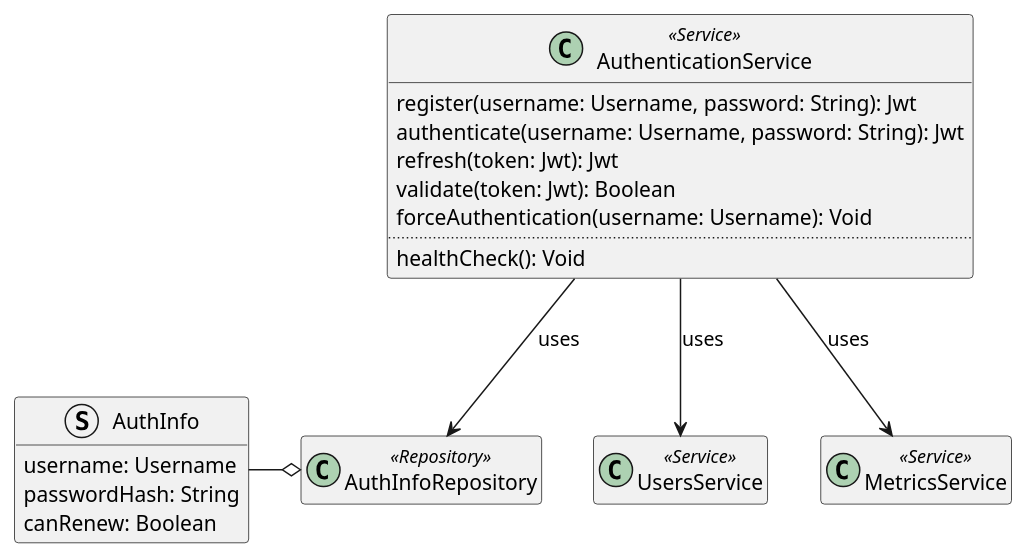
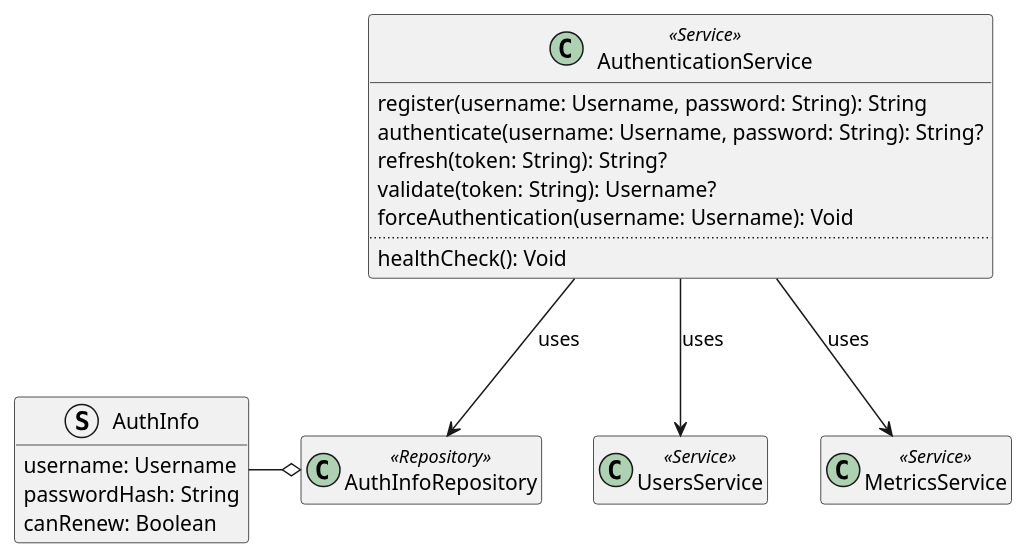
The diagram in doc/diagrams/src/authentication-service-domain-model.puml (Ventus218/SAP-assignment-02), drawn with PlantUML before and after one commit. The commit also changed 5 other files, not shown here.

```diff
--- a/doc/diagrams/src/authentication-service-domain-model.puml
+++ b/doc/diagrams/src/authentication-service-domain-model.puml
@@ -1,32 +1,32 @@
 @startuml authentication-service-domain-model
 
 struct AuthInfo {
     username: Username
     passwordHash: String
     canRenew: Boolean
 }
 
 class AuthInfoRepository <<Repository>>
 AuthInfoRepository o-l- AuthInfo
 
 class AuthenticationService <<Service>> {
-    register(username: Username, password: String): Jwt
-    authenticate(username: Username, password: String): Jwt
-    refresh(token: Jwt): Jwt
-    validate(token: Jwt): Boolean
+    register(username: Username, password: String): String
+    authenticate(username: Username, password: String): String?
+    refresh(token: String): String?
+    validate(token: String): Username?
     forceAuthentication(username: Username): Void
     ..
     healthCheck(): Void
 }
 
 AuthenticationService --> AuthInfoRepository : "uses"
 
 class UsersService <<Service>>
 AuthenticationService --> UsersService : "uses"
 
 class MetricsService <<Service>>
 AuthenticationService --> MetricsService : "uses"
 
 hide empty members
 
 @enduml
```
